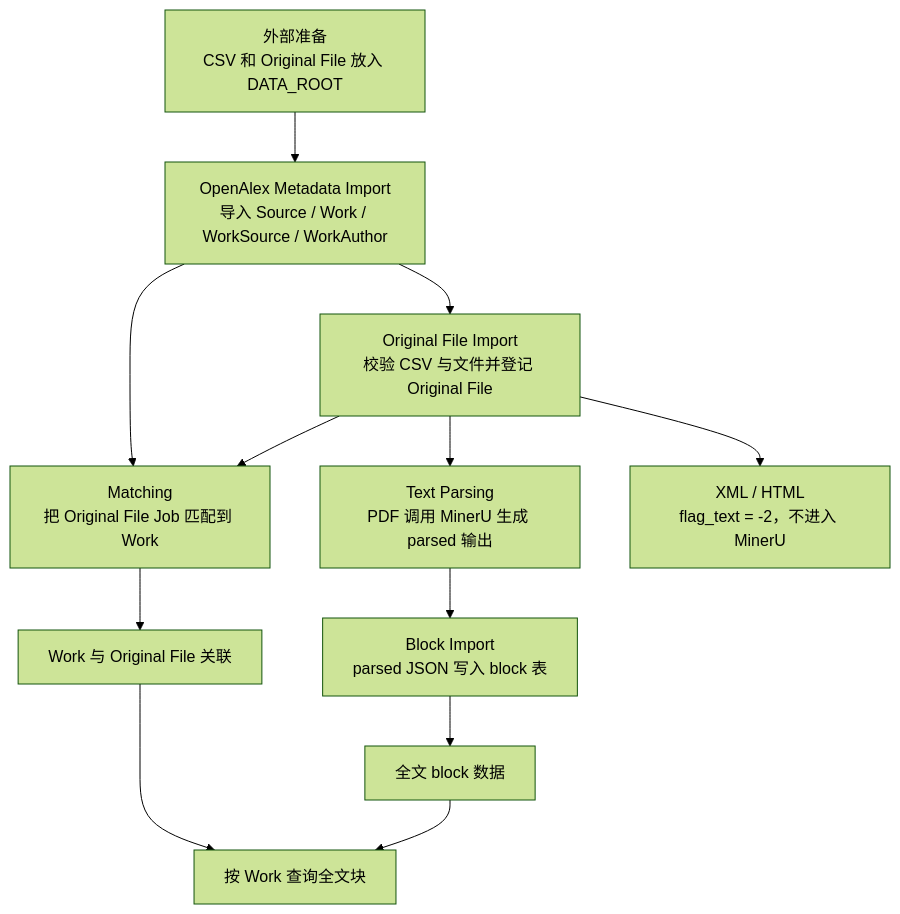
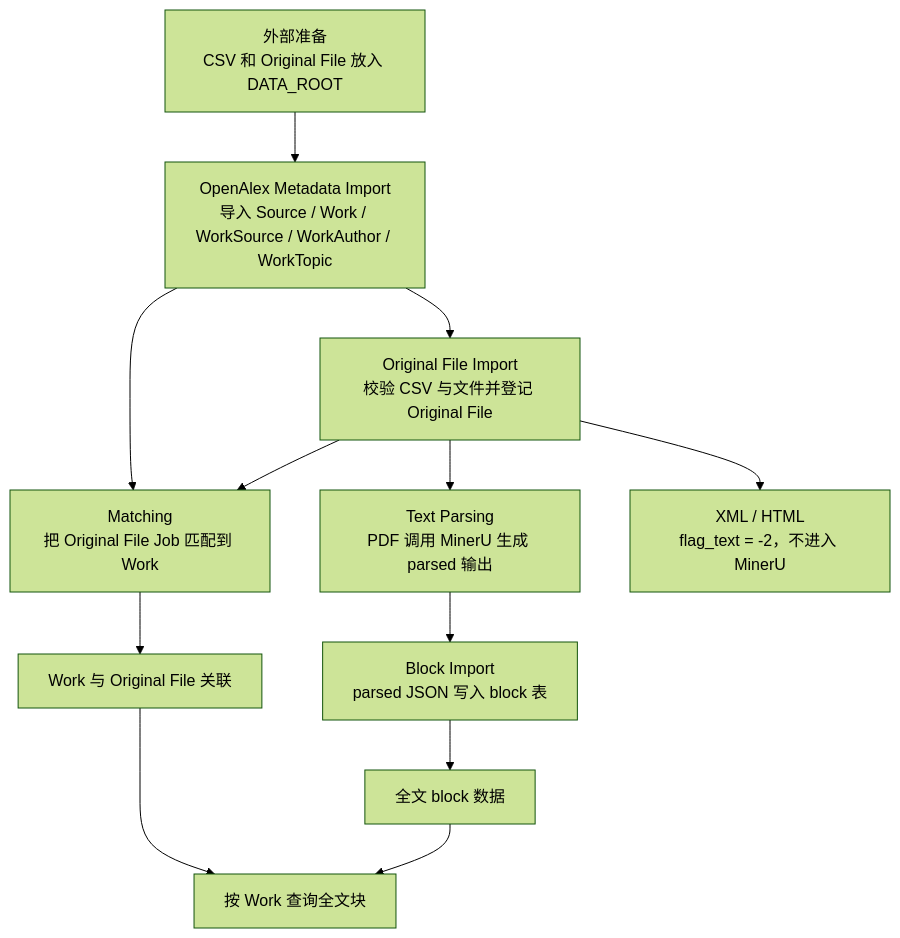
The diagram in docs/pipeline.md (ChengYan0514/paperflow), drawn with Mermaid (forest theme) before and after one commit. The commit also changed other lines of this file and 32 other files, not shown here.

First line of the commit message:
feat: Implement OpenAlex Journal Import functionality

````diff
--- a/docs/pipeline.md
+++ b/docs/pipeline.md
@@ -11,14 +11,14 @@
 ```mermaid
 flowchart TD
-    A[外部准备<br/>CSV 和 Original File 放入 DATA_ROOT] --> B[OpenAlex Metadata Import<br/>导入 Source / Work / WorkSource / WorkAuthor]
+    A[外部准备<br/>CSV 和 Original File 放入 DATA_ROOT] --> B[OpenAlex Metadata Import<br/>导入 Source / Work / WorkSource / WorkAuthor / WorkTopic]
     B --> C[Original File Import<br/>校验 CSV 与文件并登记 Original File]
     B --> D[Matching<br/>把 Original File Job 匹配到 Work]
     C --> D
     C --> E[Text Parsing<br/>PDF 调用 MinerU 生成 parsed 输出]
     E --> F[Block Import<br/>parsed JSON 写入 block 表]
     D --> G[Work 与 Original File 关联]
     F --> H[全文 block 数据]
     G --> I[按 Work 查询全文块]
     H --> I
     C --> J[XML / HTML<br/>flag_text = -2，不进入 MinerU]
 ```
````
